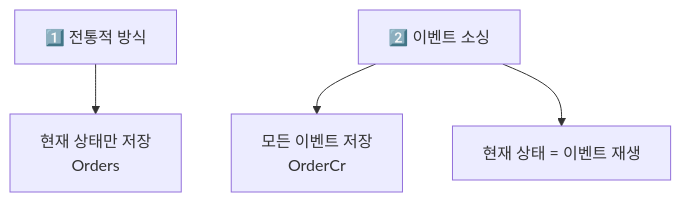
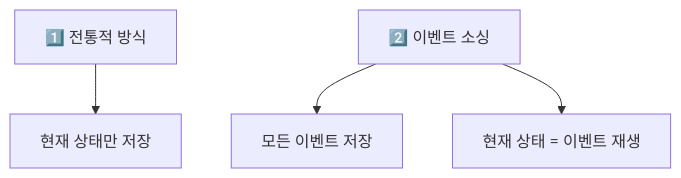
One commit to yjkim2015/yjkim2015.github.io changed the tenth of 14 diagrams in _posts/architecture/2026-05-02-distributed-transaction-deep.md. Above: the diagram before and after it, drawn with Mermaid. The commit also changed other lines of this file and 217 other files, not shown here.

First line of the commit message:
Mermaid 크기 수정: useMaxWidth:true + SVG max-width:100% + 라벨 축소

````diff
--- a/_posts/architecture/2026-05-02-distributed-transaction-deep.md
+++ b/_posts/architecture/2026-05-02-distributed-transaction-deep.md
@@ -399,8 +399,8 @@
 ```mermaid
 graph TD
     Traditional["1️⃣ 전통적 방식"]
-    Traditional --> T1["현재 상태만 저장\nOrders"]
+    Traditional --> T1["현재 상태만 저장"]
     EventSourcing["2️⃣ 이벤트 소싱"]
-    EventSourcing --> ES1["모든 이벤트 저장\nOrderCr"]
+    EventSourcing --> ES1["모든 이벤트 저장"]
     EventSourcing --> ES2["현재 상태 = 이벤트 재생"]
 ```
````
